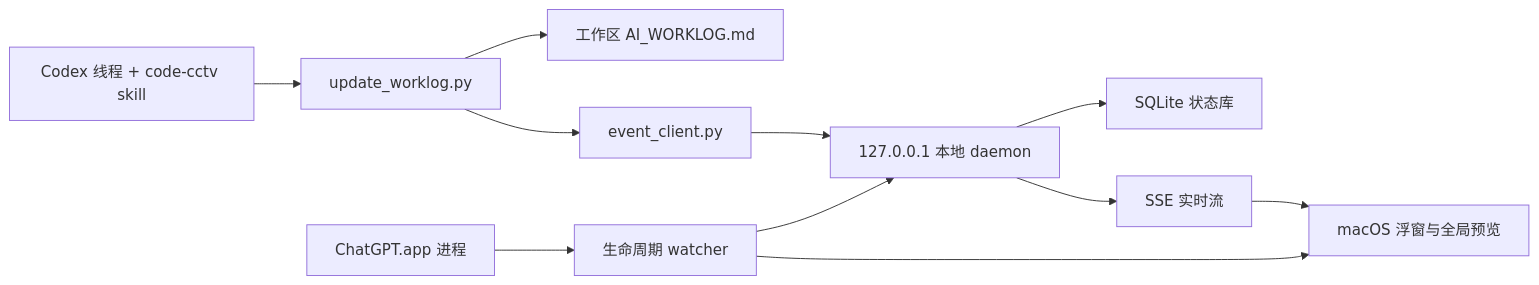
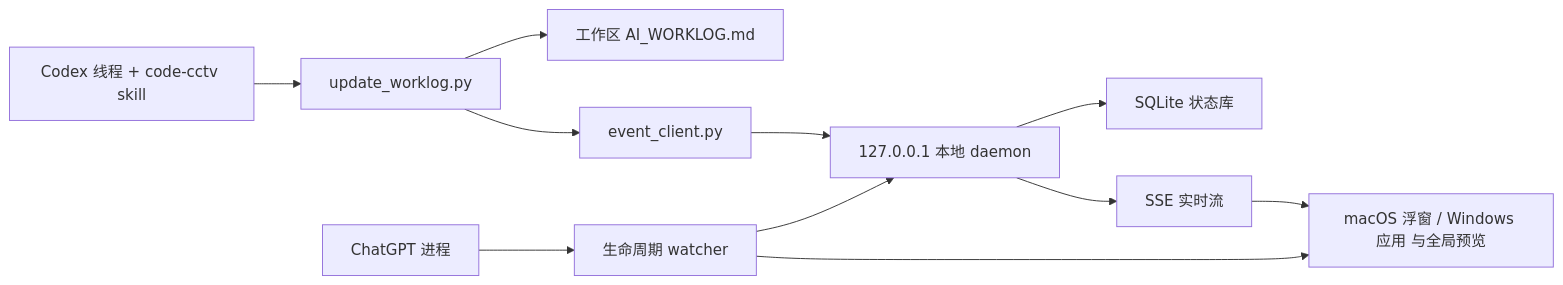
One commit to cyc120/code-defog changed the diagram in README.md. Above: the diagram before and after it, drawn with Mermaid. The commit also changed other lines of this file and 16 other files, not shown here.

First line of the commit message:
feat: add Windows support (daemon, service layer, PySide6 app) + README polish

````diff
--- a/README.md
+++ b/README.md
@@ -74,13 +88,13 @@
 ```mermaid
 flowchart LR
     A["Codex 线程 + code-cctv skill"] --> B["update_worklog.py"]
     B --> C["工作区 AI_WORKLOG.md"]
     B --> D["event_client.py"]
     D --> E["127.0.0.1 本地 daemon"]
     E --> F["SQLite 状态库"]
     E --> G["SSE 实时流"]
-    G --> H["macOS 浮窗与全局预览"]
-    I["ChatGPT.app 进程"] --> J["生命周期 watcher"]
+    G --> H["macOS 浮窗 / Windows 应用 与全局预览"]
+    I["ChatGPT 进程"] --> J["生命周期 watcher"]
     J --> E
     J --> H
 ```
````
